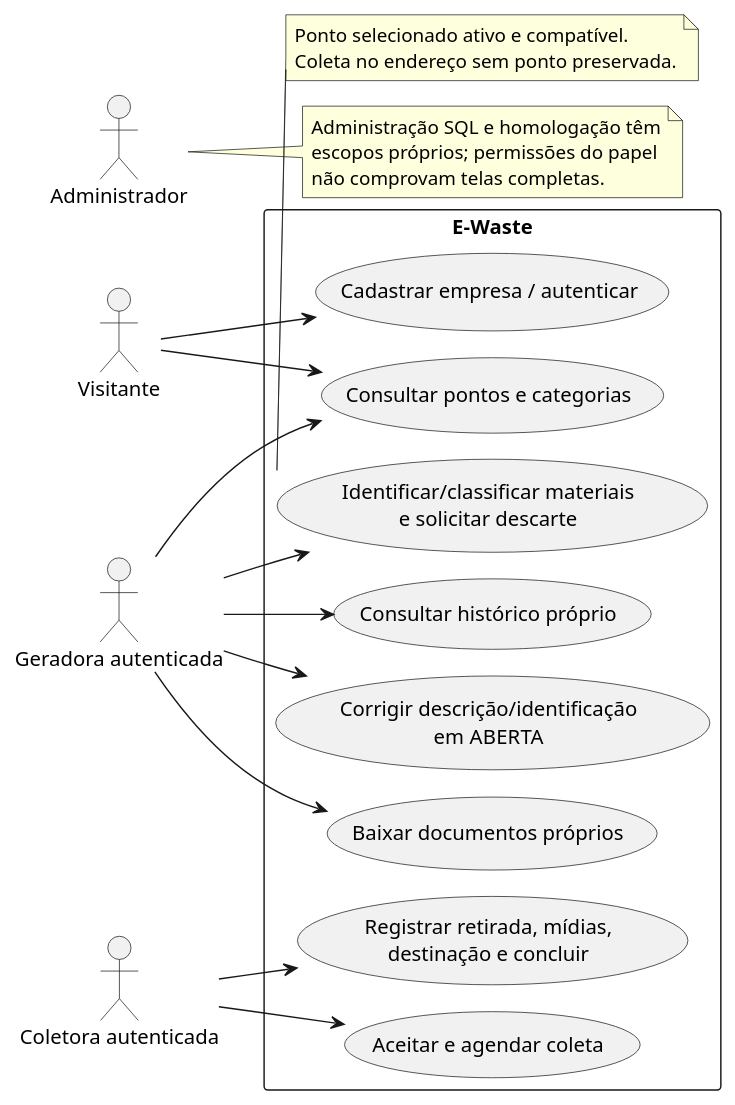
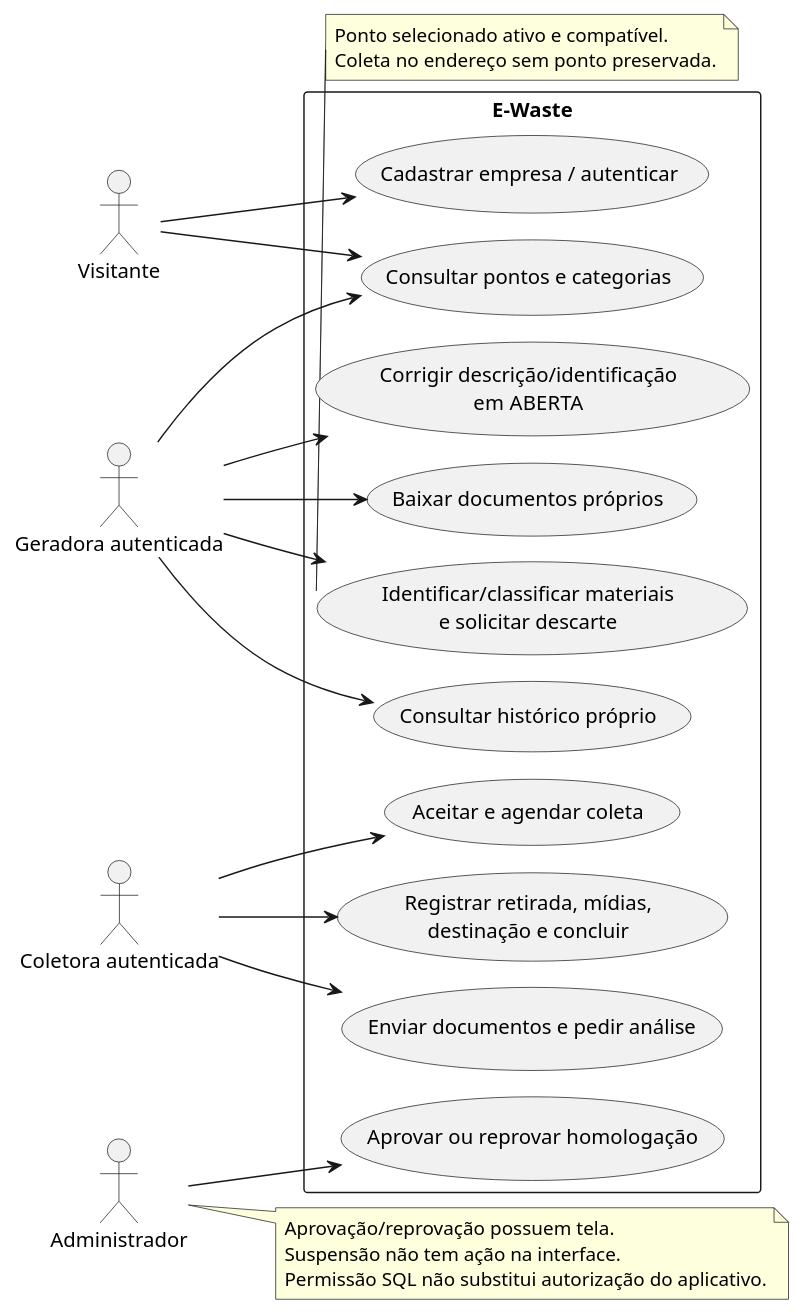
The diagram in docs/uml/casos-uso.puml (mmsxdev/plataforma-ewaste), drawn with PlantUML before and after one commit. The commit also changed 54 other files, not shown here.

Commit message:
docs(design): atualiza homologação, UML e revisão ABNT

```diff
--- a/docs/uml/casos-uso.puml
+++ b/docs/uml/casos-uso.puml
@@ -1,36 +1,40 @@
 @startuml
 !pragma layout smetana
 left to right direction
 actor Visitante
 actor "Geradora autenticada" as Geradora
 actor "Coletora autenticada" as Coletora
 actor Administrador
 rectangle "E-Waste" {
   usecase "Cadastrar empresa / autenticar" as Cadastro
   usecase "Consultar pontos e categorias" as Pontos
   usecase "Identificar/classificar materiais\ne solicitar descarte" as Solicitar
   usecase "Consultar histórico próprio" as Historico
   usecase "Corrigir descrição/identificação\nem ABERTA" as Editar
   usecase "Aceitar e agendar coleta" as Aceitar
   usecase "Registrar retirada, mídias,\ndestinação e concluir" as Concluir
   usecase "Baixar documentos próprios" as Documentos
+  usecase "Enviar documentos e pedir análise" as Homologar
+  usecase "Aprovar ou reprovar homologação" as Analisar
 }
 Visitante --> Cadastro
 Visitante --> Pontos
 Geradora --> Pontos
 Geradora --> Solicitar
 Geradora --> Historico
 Geradora --> Editar
 Geradora --> Documentos
 Coletora --> Aceitar
 Coletora --> Concluir
+Coletora --> Homologar
+Administrador --> Analisar
 note right of Administrador
-Administração SQL e homologação têm
-escopos próprios; permissões do papel
-não comprovam telas completas.
+Aprovação/reprovação possuem tela.
+Suspensão não tem ação na interface.
+Permissão SQL não substitui autorização do aplicativo.
 end note
 note bottom of Solicitar
 Ponto selecionado ativo e compatível.
 Coleta no endereço sem ponto preservada.
 end note
 @enduml
```
